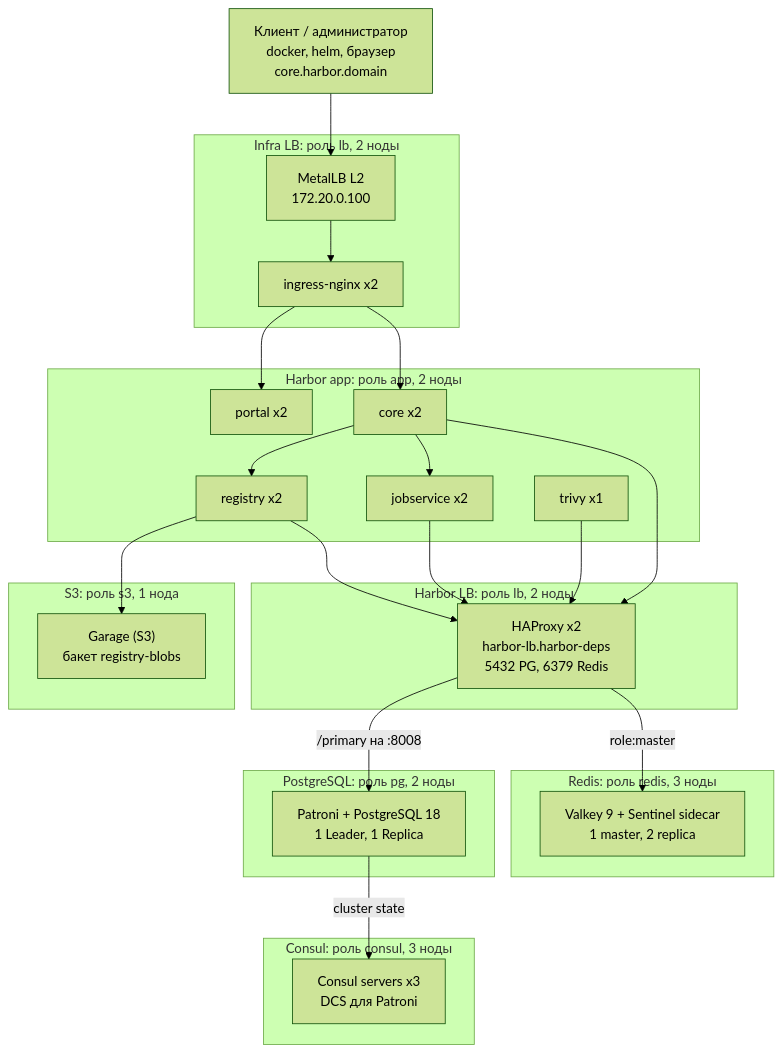
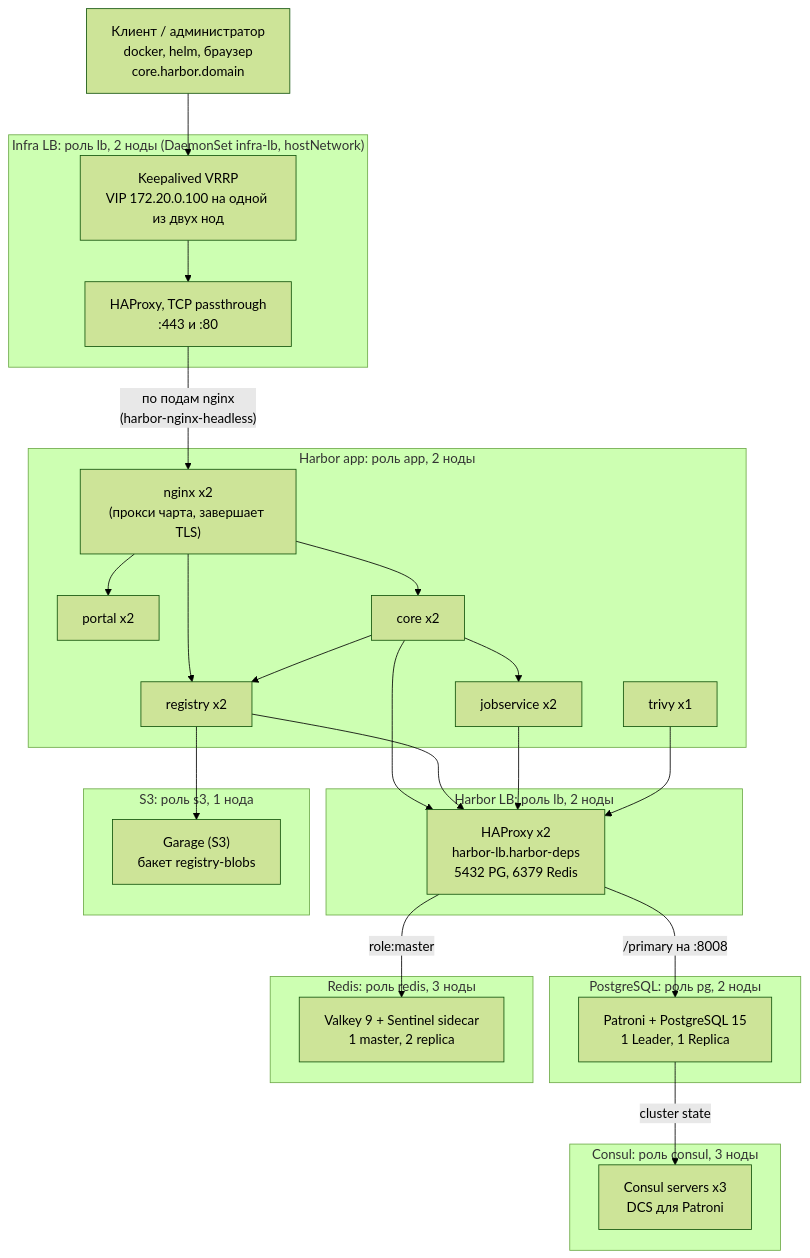
The diagram in docs/stand-topology.md (it255ru/harbor-prod-mirror-on-kind), drawn with Mermaid (forest theme) before and after one commit. The commit also changed other lines of this file and 4 other files, not shown here.

````diff
--- a/docs/stand-topology.md
+++ b/docs/stand-topology.md
@@ -19,51 +16,54 @@
 ```mermaid
 flowchart TB
     client["Клиент / администратор<br/>docker, helm, браузер<br/>core.harbor.domain"]
 
-    subgraph infra["Infra LB: роль lb, 2 ноды"]
-        metallb["MetalLB L2<br/>172.20.0.100"]
-        ingress["ingress-nginx x2"]
+    subgraph infra["Infra LB: роль lb, 2 ноды (DaemonSet infra-lb, hostNetwork)"]
+        vip["Keepalived VRRP<br/>VIP 172.20.0.100 на одной из двух нод"]
+        infrahap["HAProxy, TCP passthrough<br/>:443 и :80"]
     end
 
     subgraph app["Harbor app: роль app, 2 ноды"]
+        nginx["nginx x2<br/>(прокси чарта, завершает TLS)"]
         portal["portal x2"]
         core["core x2"]
         registry["registry x2"]
         jobs["jobservice x2"]
         trivy["trivy x1"]
     end
 
     subgraph hlb["Harbor LB: роль lb, 2 ноды"]
         haproxy["HAProxy x2<br/>harbor-lb.harbor-deps<br/>5432 PG, 6379 Redis"]
     end
 
     subgraph pgs["PostgreSQL: роль pg, 2 ноды"]
-        pg["Patroni + PostgreSQL 18<br/>1 Leader, 1 Replica"]
+        pg["Patroni + PostgreSQL 15<br/>1 Leader, 1 Replica"]
     end
 
     subgraph rds["Redis: роль redis, 3 ноды"]
         redis["Valkey 9 + Sentinel sidecar<br/>1 master, 2 replica"]
     end
 
     subgraph cons["Consul: роль consul, 3 ноды"]
         consul["Consul servers x3<br/>DCS для Patroni"]
     end
 
     subgraph s3n["S3: роль s3, 1 нода"]
-        minio["Garage (S3)<br/>бакет registry-blobs"]
+        s3["Garage (S3)<br/>бакет registry-blobs"]
     end
 
-    client --> metallb --> ingress
-    ingress --> portal
-    ingress --> core
+    client --> vip --> infrahap
+    infrahap -- "по подам nginx<br/>(harbor-nginx-headless)" --> nginx
+    nginx --> portal
+    nginx --> core
+    nginx --> registry
     core --> registry
     core --> jobs
     core --> haproxy
-    registry --> minio
+    registry --> s3
     registry --> haproxy
     jobs --> haproxy
     trivy --> haproxy
     haproxy -- "/primary на :8008" --> pg
     haproxy -- "role:master" --> redis
     pg -- "cluster state" --> consul
 ```
````
